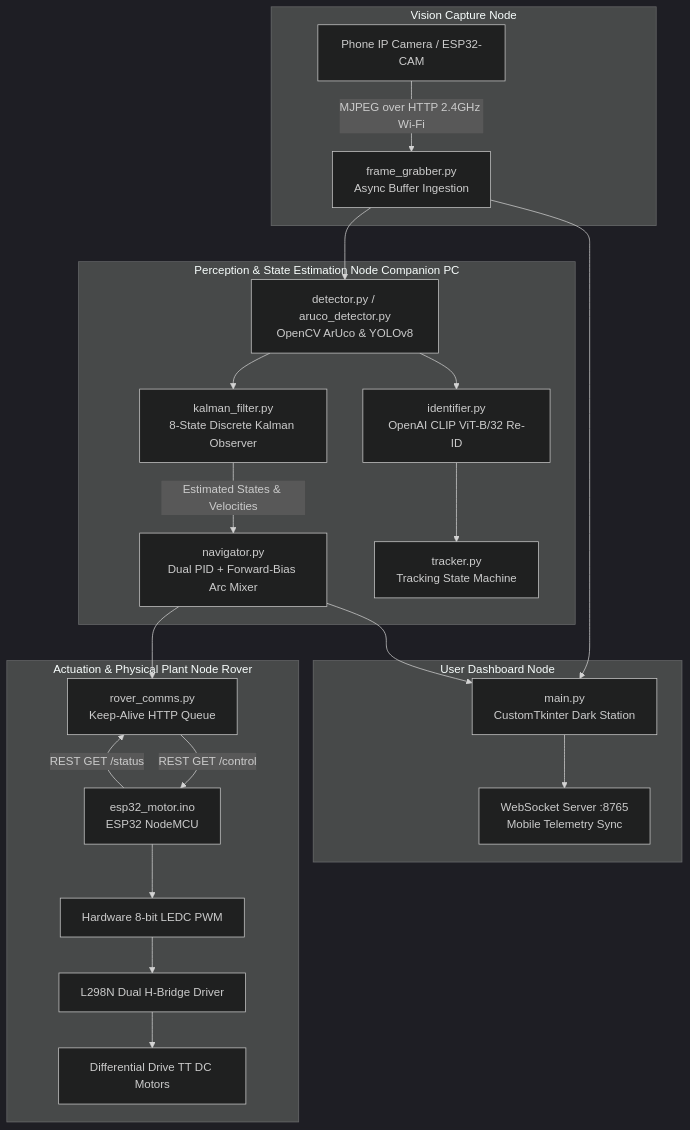
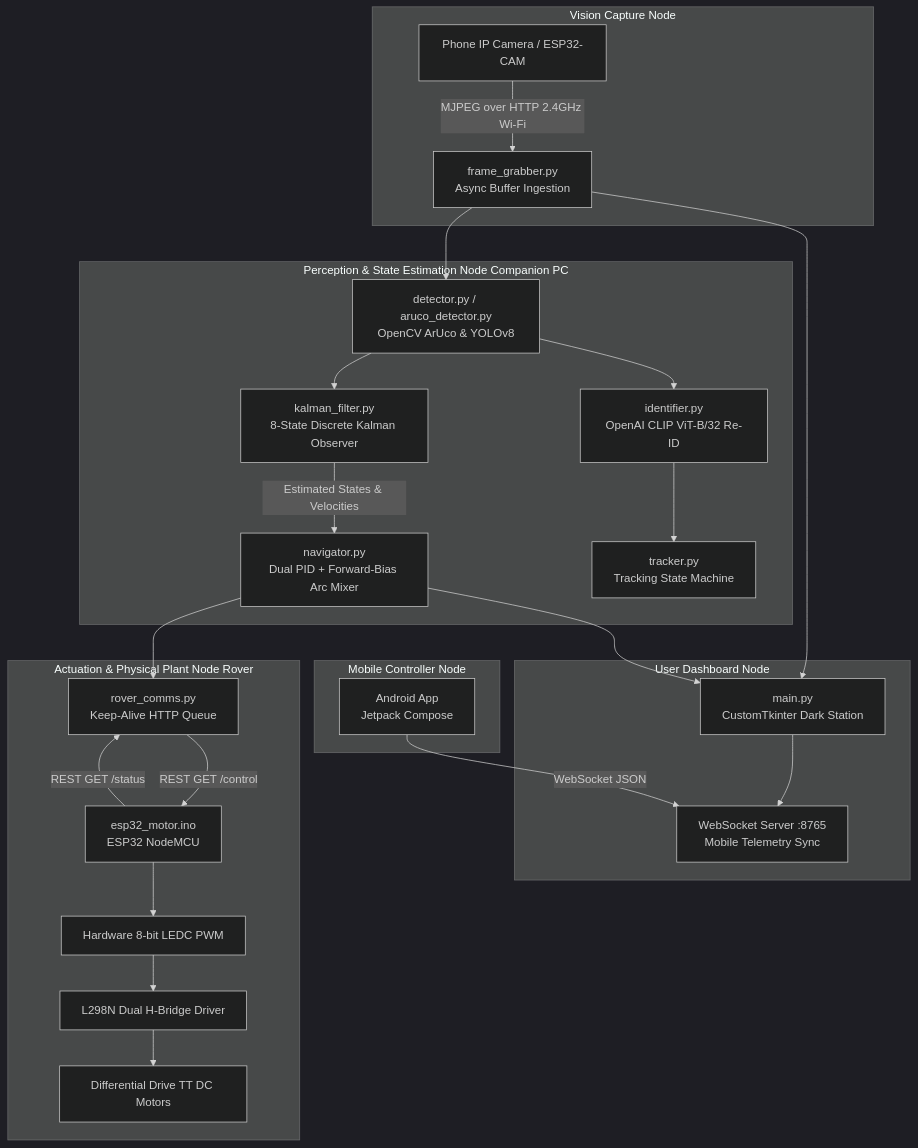
One commit to abishektamilarasan/Vision-Based-Object-Following-Rover changed the diagram in README.md. Above: the diagram before and after it, drawn with Mermaid (dark theme). The commit also changed other lines of this file and 8 other files, not shown here.

Commit message:
Add native Android companion app source and pre-built APK release

````diff
--- a/README.md
+++ b/README.md
@@ -59,30 +61,34 @@
 ```mermaid
 graph TD
     subgraph Vision Capture Node
         CAM[Phone IP Camera / ESP32-CAM]
         CAM -->|MJPEG over HTTP 2.4GHz Wi-Fi| FG[frame_grabber.py<br/>Async Buffer Ingestion]
     end
 
     subgraph Perception & State Estimation Node Companion PC
         FG --> DET[detector.py / aruco_detector.py<br/>OpenCV ArUco & YOLOv8]
         DET --> KF[kalman_filter.py<br/>8-State Discrete Kalman Observer]
         KF -->|Estimated States & Velocities| NAV[navigator.py<br/>Dual PID + Forward-Bias Arc Mixer]
         DET --> IDN[identifier.py<br/>OpenAI CLIP ViT-B/32 Re-ID]
         IDN --> TRK[tracker.py<br/>Tracking State Machine]
     end
 
     subgraph User Dashboard Node
         FG --> GUI[main.py<br/>CustomTkinter Dark Station]
         NAV --> GUI
         GUI --> WS[WebSocket Server :8765<br/>Mobile Telemetry Sync]
     end
 
+    subgraph Mobile Controller Node
+        APP[Android App<br/>Jetpack Compose] -->|WebSocket JSON| WS
+    end
+
     subgraph Actuation & Physical Plant Node Rover
         NAV --> RC[rover_comms.py<br/>Keep-Alive HTTP Queue]
         RC -->|REST GET /control| MCU[esp32_motor.ino<br/>ESP32 NodeMCU]
         MCU --> PWM[Hardware 8-bit LEDC PWM]
         PWM --> DRV[L298N Dual H-Bridge Driver]
         DRV --> MOT[Differential Drive TT DC Motors]
         MCU -->|REST GET /status| RC
     end
 ```
````
